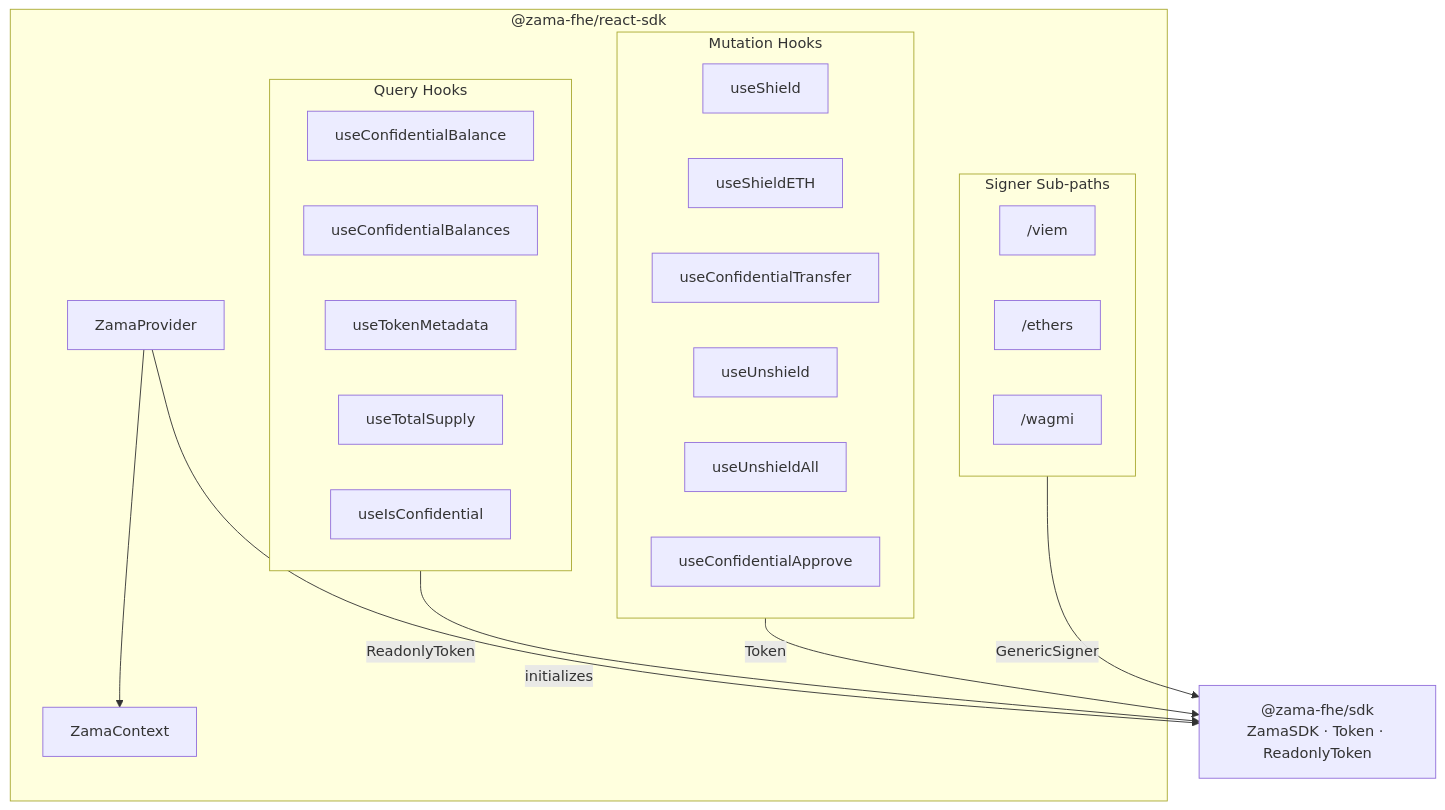
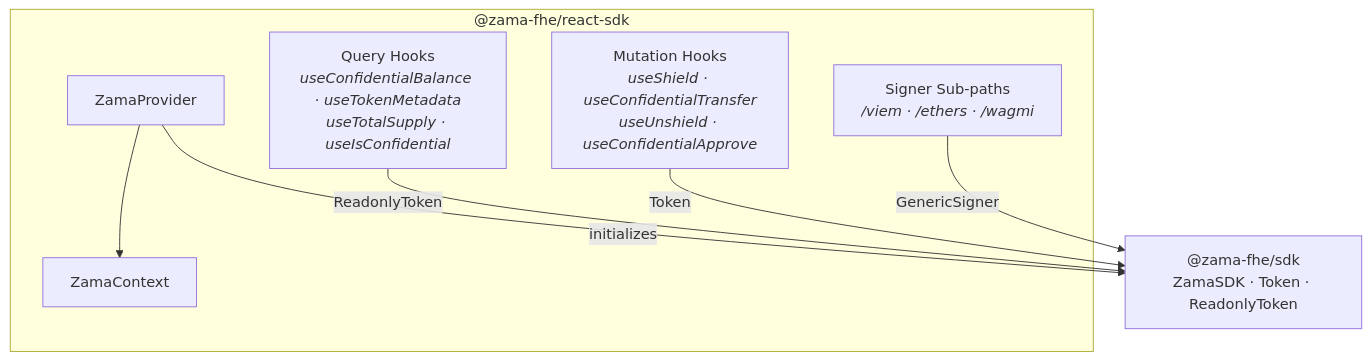
Before and after one commit to zama-ai/sdk: the third of 3 diagrams in docs/architecture.md, drawn with Mermaid. The commit also changed 1 other file, not shown here.

Commit message:
docs: simplify React SDK diagram — group hooks into labeled blocks

````diff
--- a/docs/architecture.md
+++ b/docs/architecture.md
@@ -166,36 +166,19 @@
 ```mermaid
 graph TD
     subgraph react-sdk["@zama-fhe/react-sdk"]
-        ZP[ZamaProvider] --> CTX[ZamaContext]
+        ZP["ZamaProvider"]
+        CTX["ZamaContext"]
+        Q["Query Hooks<br/><i>useConfidentialBalance · useTokenMetadata<br/>useTotalSupply · useIsConfidential</i>"]
+        M["Mutation Hooks<br/><i>useShield · useConfidentialTransfer<br/>useUnshield · useConfidentialApprove</i>"]
+        A["Signer Sub-paths<br/><i>/viem · /ethers · /wagmi</i>"]
 
-        subgraph queries["Query Hooks"]
-            UCB[useConfidentialBalance]
-            UCBS[useConfidentialBalances]
-            UTM[useTokenMetadata]
-            UTS[useTotalSupply]
-            UIC[useIsConfidential]
-        end
-
-        subgraph mutations["Mutation Hooks"]
-            US[useShield]
-            USE[useShieldETH]
-            UCT[useConfidentialTransfer]
-            UU[useUnshield]
-            UUA[useUnshieldAll]
-            UCA[useConfidentialApprove]
-        end
-
-        subgraph adapters["Signer Sub-paths"]
-            VIEM["/viem"]
-            ETHERS["/ethers"]
-            WAGMI["/wagmi"]
-        end
+        ZP --> CTX
     end
 
     SDK["@zama-fhe/sdk<br/>ZamaSDK · Token · ReadonlyToken"]
 
     ZP -->|"initializes"| SDK
-    queries -->|"ReadonlyToken"| SDK
-    mutations -->|"Token"| SDK
-    adapters -->|"GenericSigner"| SDK
+    Q -->|"ReadonlyToken"| SDK
+    M -->|"Token"| SDK
+    A -->|"GenericSigner"| SDK
 ```
````
